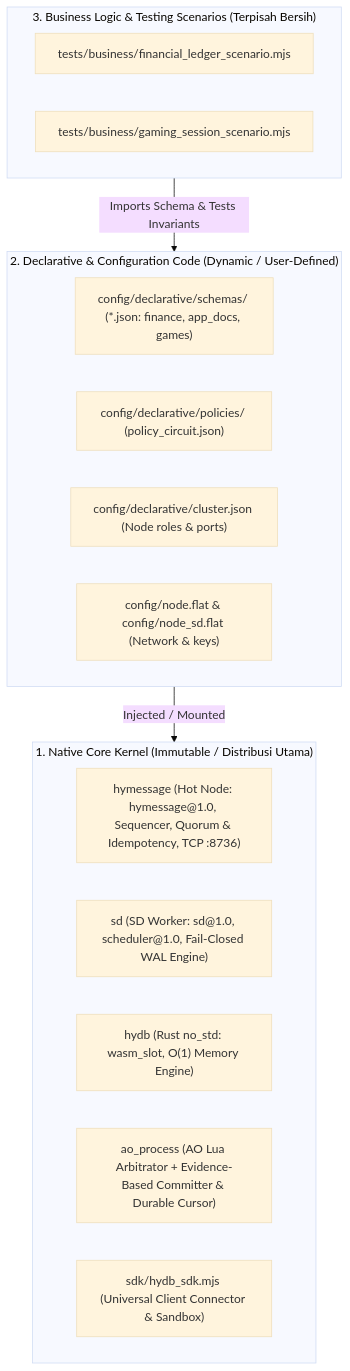
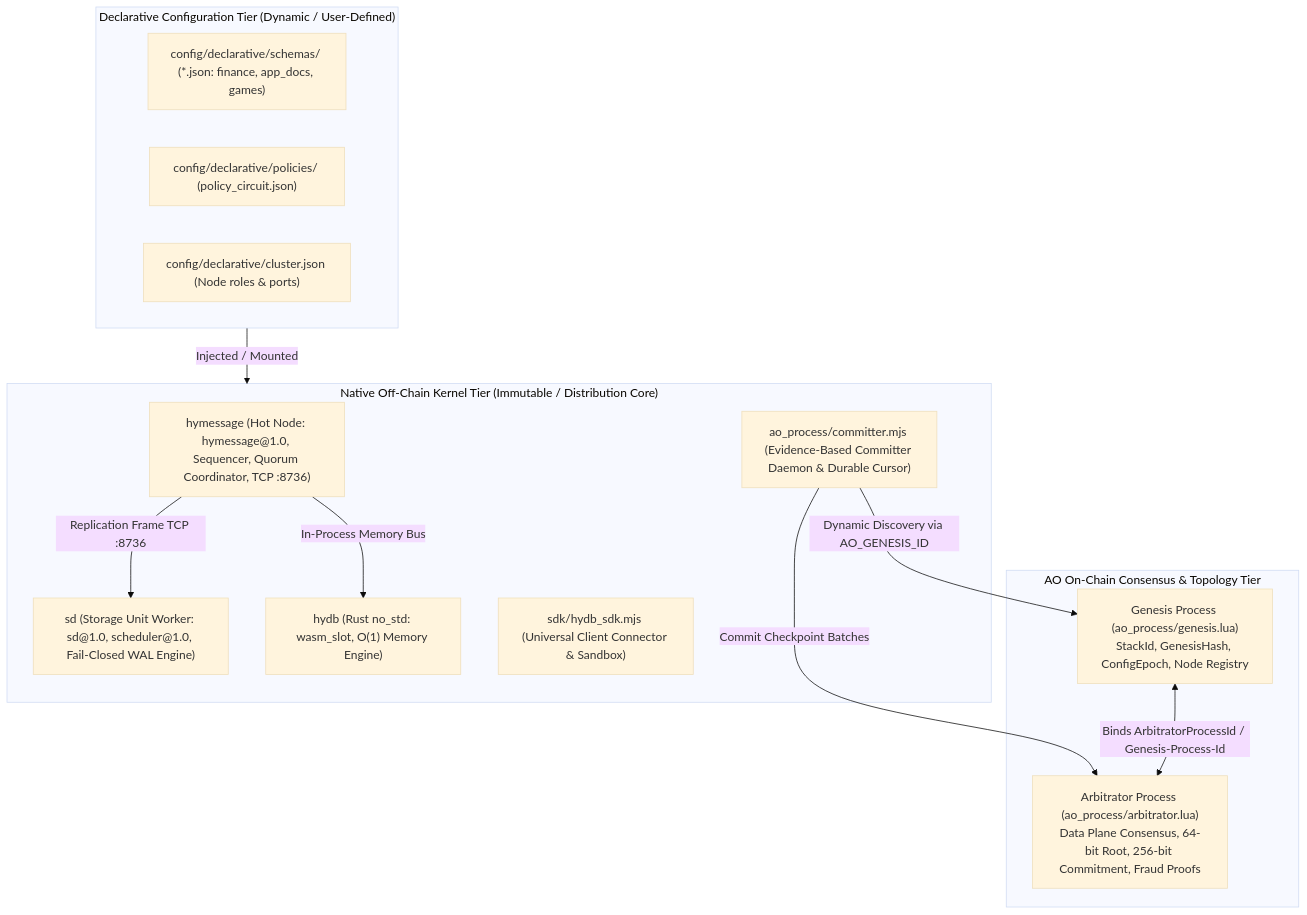
One commit to Wesslurr/database-stack-on-permaweb changed the diagram in README.md. Above: the diagram before and after it, drawn with Mermaid (base theme). The commit also changed other lines of this file and 16 other files, not shown here.

First line of the commit message:
feat: Add HyDB Stack Genesis Spawner CLI and associated test suites

````diff
--- a/README.md
+++ b/README.md
@@ -25,25 +25,28 @@
 ```mermaid
 flowchart TD
-    subgraph NativeCore ["1. Native Core Kernel (Immutable / Distribusi Utama)"]
-        HymessageKernel["hymessage (Hot Node: hymessage@1.0, Sequencer, Quorum & Idempotency, TCP :8736)"]
-        SDKernel["sd (SD Worker: sd@1.0, scheduler@1.0, Fail-Closed WAL Engine)"]
+    subgraph OnChainAO ["AO On-Chain Consensus & Topology Tier"]
+        GenesisProc["Genesis Process (ao_process/genesis.lua)\nStackId, GenesisHash, ConfigEpoch, Node Registry"]
+        ArbitratorProc["Arbitrator Process (ao_process/arbitrator.lua)\nData Plane Consensus, 64-bit Root, 256-bit Commitment, Fraud Proofs"]
+    end
+
+    subgraph NativeCore ["Native Off-Chain Kernel Tier (Immutable / Distribution Core)"]
+        HotNode["hymessage (Hot Node: hymessage@1.0, Sequencer, Quorum Coordinator, TCP :8736)"]
+        SDPool["sd (Storage Unit Worker: sd@1.0, scheduler@1.0, Fail-Closed WAL Engine)"]
         RustWasm["hydb (Rust no_std: wasm_slot, O(1) Memory Engine)"]
-        AoArbitrator["ao_process (AO Lua Arbitrator + Evidence-Based Committer & Durable Cursor)"]
+        Committer["ao_process/committer.mjs (Evidence-Based Committer Daemon & Durable Cursor)"]
         SdkClient["sdk/hydb_sdk.mjs (Universal Client Connector & Sandbox)"]
     end
 
-    subgraph DeclarativeConfig ["2. Declarative & Configuration Code (Dynamic / User-Defined)"]
+    subgraph DeclarativeConfig ["Declarative Configuration Tier (Dynamic / User-Defined)"]
         Schemas["config/declarative/schemas/ (*.json: finance, app_docs, games)"]
         Policies["config/declarative/policies/ (policy_circuit.json)"]
         ClusterManifest["config/declarative/cluster.json (Node roles & ports)"]
-        NodeFlat["config/node.flat & config/node_sd.flat (Network & keys)"]
     end
 
-    subgraph BusinessScenarios ["3. Business Logic & Testing Scenarios (Terpisah Bersih)"]
-        LedgerTest["tests/business/financial_ledger_scenario.mjs"]
-        GamingTest["tests/business/gaming_session_scenario.mjs"]
-    end
-
+    GenesisProc <-->|Binds ArbitratorProcessId / Genesis-Process-Id| ArbitratorProc
+    Committer -->|Dynamic Discovery via AO_GENESIS_ID| GenesisProc
+    Committer -->|Commit Checkpoint Batches| ArbitratorProc
+    HotNode -->|Replication Frame TCP :8736| SDPool
+    HotNode -->|In-Process Memory Bus| RustWasm
     DeclarativeConfig -->|"Injected / Mounted"| NativeCore
-    BusinessScenarios -->|"Imports Schema & Tests Invariants"| DeclarativeConfig
 ```
````
